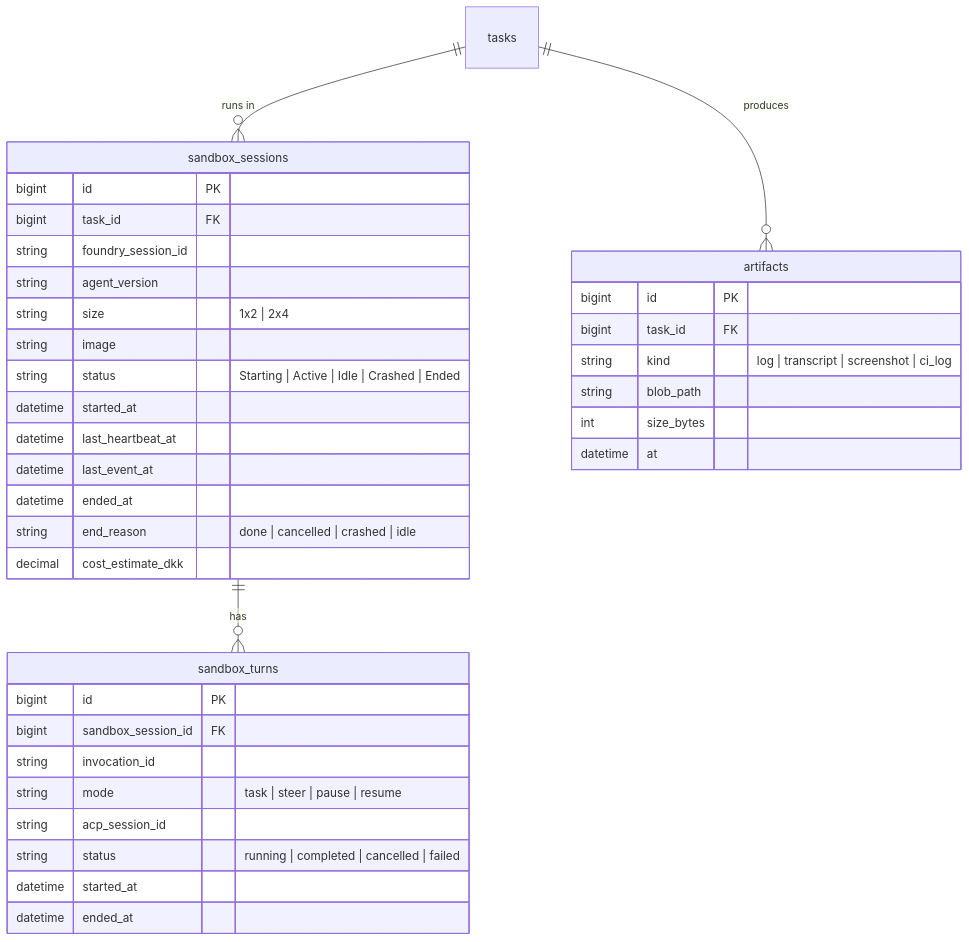
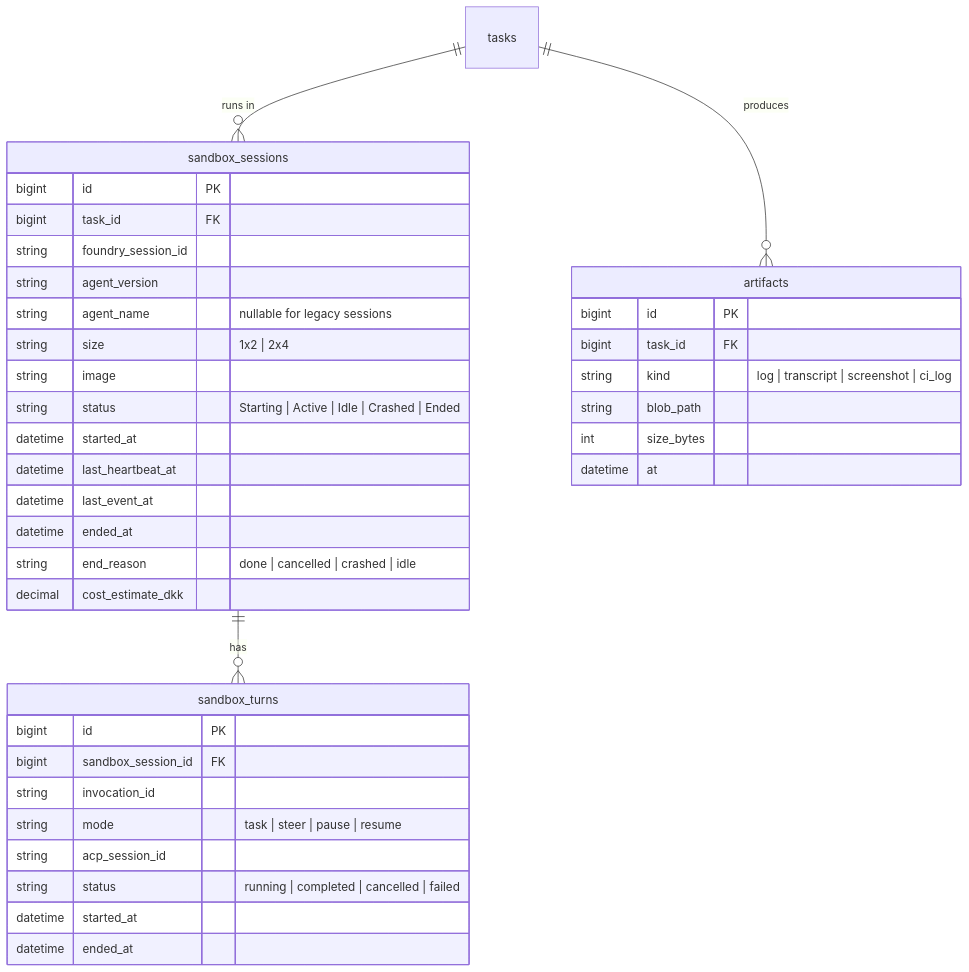
The fifth of 8 diagrams in docs/data-model.md (DanAakesen/jarvis), drawn with Mermaid before and after one commit. The commit also changed other lines of this file and 19 other files, not shown here.

````diff
--- a/docs/data-model.md
+++ b/docs/data-model.md
@@ -238,39 +240,40 @@
 ```mermaid
 erDiagram
     tasks ||--o{ sandbox_sessions : "runs in"
     sandbox_sessions ||--o{ sandbox_turns : has
     tasks ||--o{ artifacts : produces
     sandbox_sessions {
         bigint id PK
         bigint task_id FK
         string foundry_session_id
         string agent_version
+        string agent_name "nullable for legacy sessions"
         string size "1x2 | 2x4"
         string image
         string status "Starting | Active | Idle | Crashed | Ended"
         datetime started_at
         datetime last_heartbeat_at
         datetime last_event_at
         datetime ended_at
         string end_reason "done | cancelled | crashed | idle"
         decimal cost_estimate_dkk
     }
     sandbox_turns {
         bigint id PK
         bigint sandbox_session_id FK
         string invocation_id
         string mode "task | steer | pause | resume"
         string acp_session_id
         string status "running | completed | cancelled | failed"
         datetime started_at
         datetime ended_at
     }
     artifacts {
         bigint id PK
         bigint task_id FK
         string kind "log | transcript | screenshot | ci_log"
         string blob_path
         int size_bytes
         datetime at
     }
 ```
````
